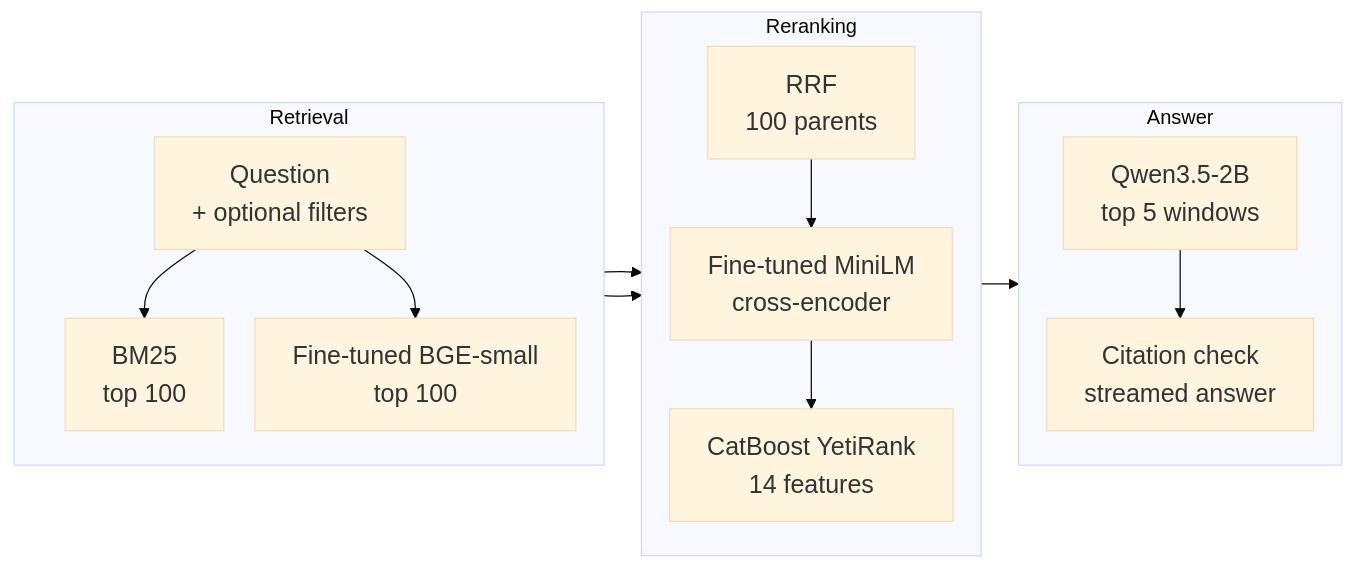
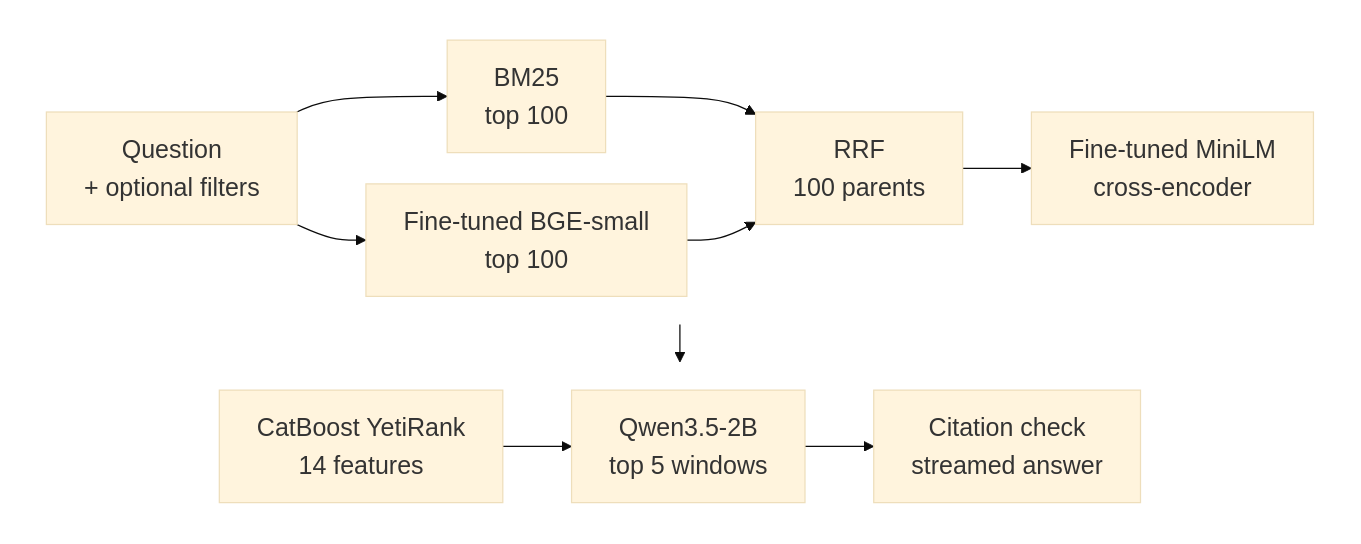
One commit to flaretensor/ledgerlight changed the diagram in README.md. Above: the diagram before and after it, drawn with Mermaid (base theme).

Commit message:
style(readme): lay out the pipeline diagram in two rows

````diff
--- a/README.md
+++ b/README.md
@@ -11,33 +11,30 @@
 ```mermaid
 %%{init: {"flowchart": {"nodeSpacing": 25, "rankSpacing": 30, "wrappingWidth": 300}}}%%
-flowchart LR
+flowchart TB
     classDef default font-size:20px;
 
-    subgraph RET["Retrieval"]
-        direction TB
+    subgraph ROW1[" "]
+        direction LR
         Q["Question<br/>+ optional filters"]
         B["BM25<br/>top 100"]
         D["Fine-tuned BGE-small<br/>top 100"]
-        Q --> B
-        Q --> D
+        R["RRF<br/>100 parents"]
+        C["Fine-tuned MiniLM<br/>cross-encoder"]
+        Q --> B --> R
+        Q --> D --> R
+        R --> C
     end
 
-    subgraph RANK["Reranking"]
-        direction TB
-        R["RRF<br/>100 parents"]
-        C["Fine-tuned MiniLM<br/>cross-encoder"]
+    subgraph ROW2[" "]
+        direction LR
         L["CatBoost YetiRank<br/>14 features"]
-        R --> C --> L
+        G["Qwen3.5-2B<br/>top 5 windows"]
+        V["Citation check<br/>streamed answer"]
+        L --> G --> V
     end
 
-    subgraph ANS["Answer"]
-        direction TB
-        G["Qwen3.5-2B<br/>top 5 windows"]
-        V["Citation check<br/>streamed answer"]
-        G --> V
-    end
+    ROW1 --> ROW2
 
-    B --> R
-    D --> R
-    L --> G
+    style ROW1 fill:none,stroke:none
+    style ROW2 fill:none,stroke:none
 ```
````
